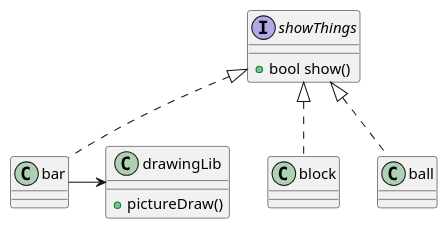
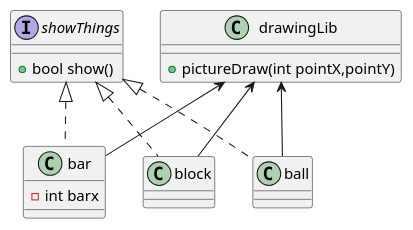
One commit to terapotan/Aimforcomplete changed the diagram in Aimforconplete-TDD/TodoList.md. Above: the diagram before and after it, drawn with PlantUML. The commit also changed other lines of this file and 8 other files, not shown here.

```diff
--- a/Aimforconplete-TDD/TodoList.md
+++ b/Aimforconplete-TDD/TodoList.md
@@ -30,21 +33,25 @@
 ~~~plantuml
 @startuml
 interface showThings{
     + bool show()
 }
 class bar{
+    - int barx
 }
 class block{
 }
 class ball{
 }
 class drawingLib{
-    + pictureDraw()
+    + pictureDraw(int pointX,pointY)
 }
 
 showThings <|.. bar
 showThings <|.. block
 showThings <|.. ball
-drawingLib <-left- bar
+drawingLib <-down- bar
+drawingLib <-down- block
+drawingLib <-down- ball
+
 @enduml
 ~~~
```
